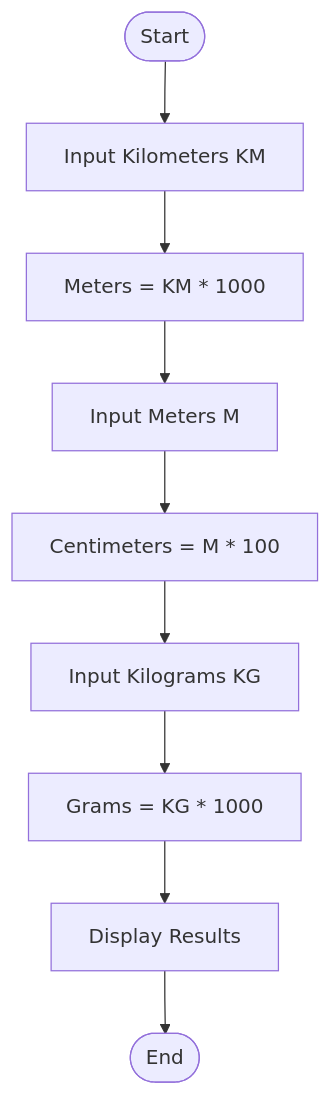
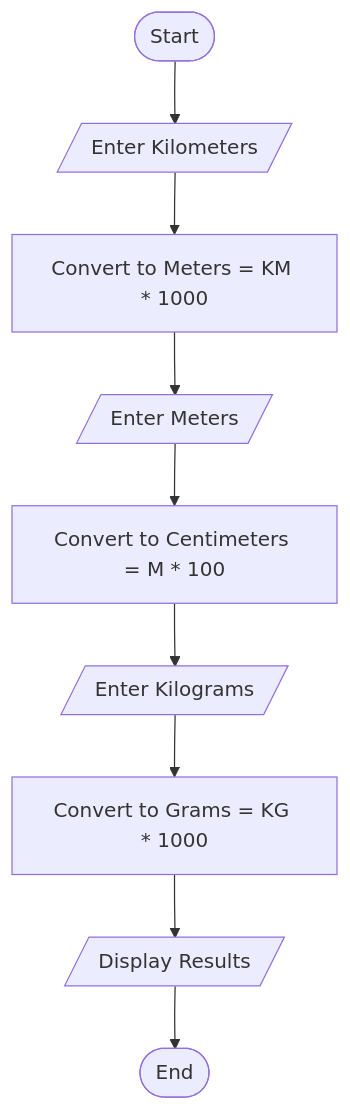
One commit to bhupendrasai1818/Python_programming-problem_solving changed the diagram in Unit1/task7/unit_conversion.md. Above: the diagram before and after it, drawn with Mermaid. The commit also changed other lines of this file, not shown here.

````diff
--- a/Unit1/task7/unit_conversion.md
+++ b/Unit1/task7/unit_conversion.md
@@ -37,11 +48,11 @@
 ```mermaid
 flowchart TD
-    A([Start]) --> B[Input Kilometers KM]
-    B --> C[Meters = KM * 1000]
-    C --> D[Input Meters M]
-    D --> E[Centimeters = M * 100]
-    E --> F[Input Kilograms KG]
-    F --> G[Grams = KG * 1000]
-    G --> H[Display Results]
+    A([Start]) --> B[/Enter Kilometers/]
+    B --> C[Convert to Meters = KM * 1000]
+    C --> D[/Enter Meters/]
+    D --> E[Convert to Centimeters = M * 100]
+    E --> F[/Enter Kilograms/]
+    F --> G[Convert to Grams = KG * 1000]
+    G --> H[/Display Results/]
     H --> I([End])
 ```
````
